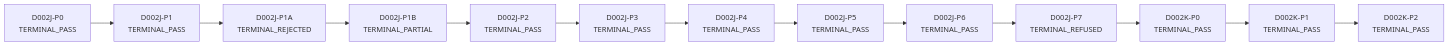
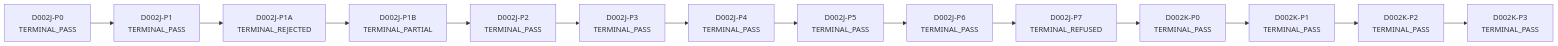
Before and after one commit to neuron7xLab/GeoSync: the diagram in docs/research/D002J_LINEAGE_MAP.md, drawn with Mermaid. The commit also changed other lines of this file and 12 other files, not shown here.

````diff
--- a/docs/research/D002J_LINEAGE_MAP.md
+++ b/docs/research/D002J_LINEAGE_MAP.md
@@ -16,28 +16,30 @@
 ```mermaid
 graph LR
     D002J-P0[D002J-P0<br/>TERMINAL_PASS]
     D002J-P1[D002J-P1<br/>TERMINAL_PASS]
     D002J-P1A[D002J-P1A<br/>TERMINAL_REJECTED]
     D002J-P1B[D002J-P1B<br/>TERMINAL_PARTIAL]
     D002J-P2[D002J-P2<br/>TERMINAL_PASS]
     D002J-P3[D002J-P3<br/>TERMINAL_PASS]
     D002J-P4[D002J-P4<br/>TERMINAL_PASS]
     D002J-P5[D002J-P5<br/>TERMINAL_PASS]
     D002J-P6[D002J-P6<br/>TERMINAL_PASS]
     D002J-P7[D002J-P7<br/>TERMINAL_REFUSED]
     D002K-P0[D002K-P0<br/>TERMINAL_PASS]
     D002K-P1[D002K-P1<br/>TERMINAL_PASS]
     D002K-P2[D002K-P2<br/>TERMINAL_PASS]
+    D002K-P3[D002K-P3<br/>TERMINAL_PASS]
     D002J-P0 --> D002J-P1
     D002J-P1 --> D002J-P1A
     D002J-P1A --> D002J-P1B
     D002J-P1B --> D002J-P2
     D002J-P2 --> D002J-P3
     D002J-P3 --> D002J-P4
     D002J-P4 --> D002J-P5
     D002J-P5 --> D002J-P6
     D002J-P6 --> D002J-P7
     D002J-P7 --> D002K-P0
     D002K-P0 --> D002K-P1
     D002K-P1 --> D002K-P2
+    D002K-P2 --> D002K-P3
 ```
````
